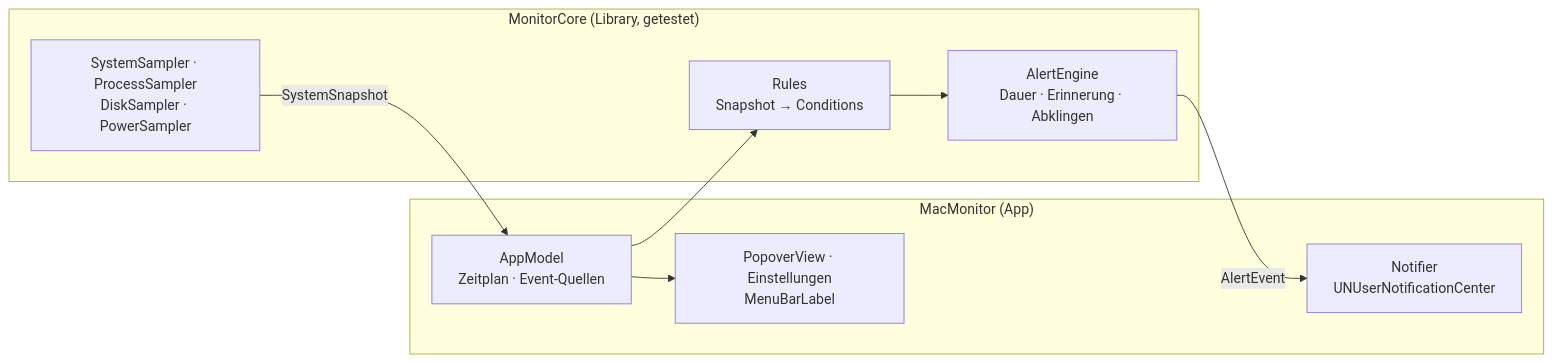
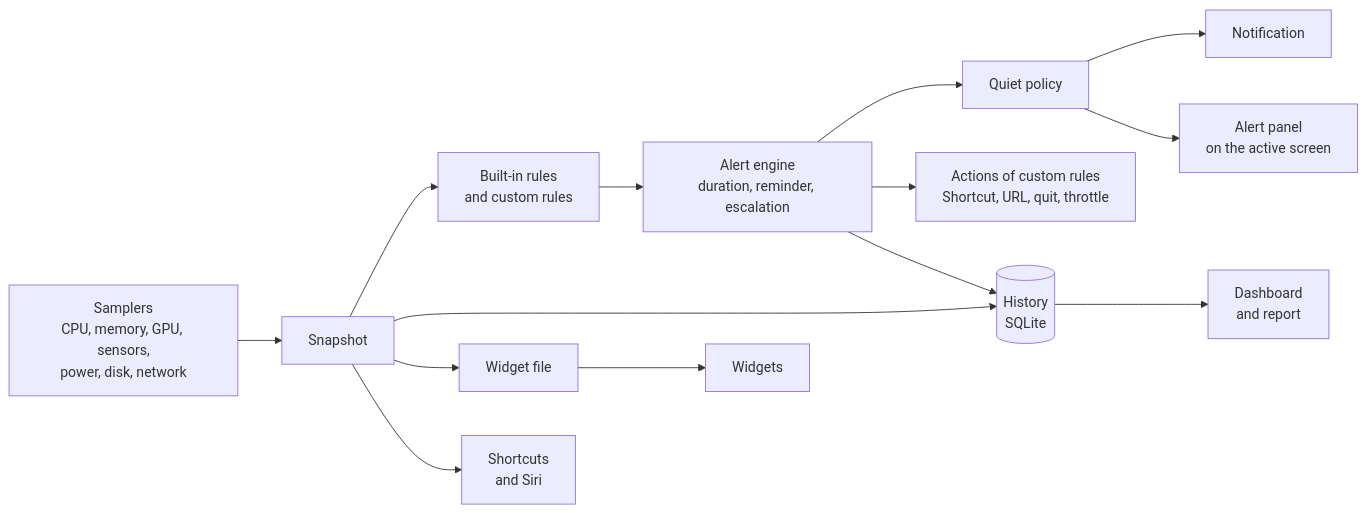
The first of 2 diagrams in README.md (fbrogno/mac-monitor), drawn with Mermaid before and after one commit. The commit also changed other lines of this file and 11 other files, not shown here.

````diff
--- a/README.md
+++ b/README.md
@@ -222,16 +316,16 @@
 ```mermaid
 flowchart LR
-    subgraph App["MacMonitor (App)"]
-        Model["AppModel<br/>Zeitplan · Event-Quellen"]
-        Notifier["Notifier<br/>UNUserNotificationCenter"]
-        UI["PopoverView · Einstellungen<br/>MenuBarLabel"]
-    end
-    subgraph Core["MonitorCore (Library, getestet)"]
-        Samplers["SystemSampler · ProcessSampler<br/>DiskSampler · PowerSampler"]
-        Rules["Rules<br/>Snapshot → Conditions"]
-        Engine["AlertEngine<br/>Dauer · Erinnerung · Abklingen"]
-    end
-    Samplers -->|SystemSnapshot| Model
-    Model --> Rules --> Engine -->|AlertEvent| Notifier
-    Model --> UI
+    S["Samplers<br/>CPU, memory, GPU, sensors,<br/>power, disk, network"] --> N["Snapshot"]
+    N --> R["Built-in rules<br/>and custom rules"]
+    R --> E["Alert engine<br/>duration, reminder, escalation"]
+    E --> Q["Quiet policy"]
+    Q --> B["Notification"]
+    Q --> O["Alert panel<br/>on the active screen"]
+    E --> A["Actions of custom rules<br/>Shortcut, URL, quit, throttle"]
+    N --> H[("History<br/>SQLite")]
+    E --> H
+    H --> D["Dashboard<br/>and report"]
+    N --> W["Widget file"]
+    W --> WG["Widgets"]
+    N --> I["Shortcuts<br/>and Siri"]
 ```
````
